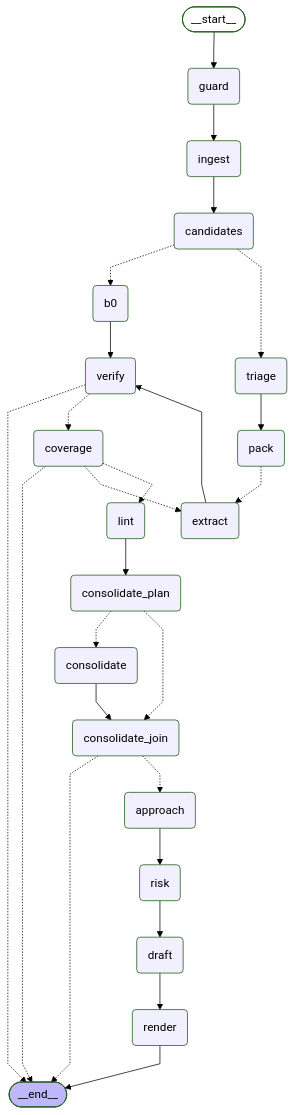
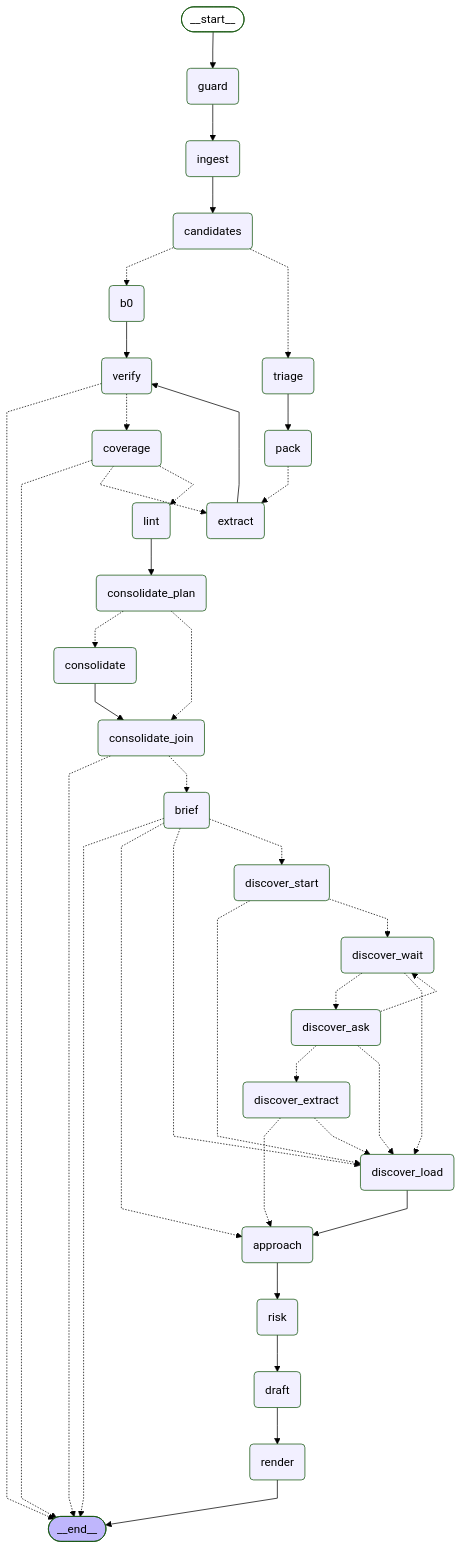
Before and after one commit to chouaibhoues-code/bidwright-rfp-agent: the diagram in docs/agents.md, drawn with Mermaid (forest theme). The commit also changed other lines of this file and 30 other files, not shown here.

````diff
--- a/docs/agents.md
+++ b/docs/agents.md
@@ -76,54 +76,74 @@
 ```mermaid
 ---
 config:
   flowchart:
     curve: linear
 ---
 graph TD;
 	__start__([<p>__start__</p>]):::first
 	guard(guard)
 	ingest(ingest)
 	candidates(candidates)
 	b0(b0)
 	triage(triage)
 	pack(pack)
 	verify(verify)
 	coverage(coverage)
 	lint(lint)
 	consolidate_plan(consolidate_plan)
 	consolidate_join(consolidate_join)
+	brief(brief)
+	discover_load(discover_load)
+	discover_start(discover_start)
+	discover_wait(discover_wait)
+	discover_ask(discover_ask)
+	discover_extract(discover_extract)
 	approach(approach)
 	risk(risk)
 	draft(draft)
 	render(render)
 	extract(extract)
 	consolidate(consolidate)
 	__end__([<p>__end__</p>]):::last
 	__start__ --> guard;
 	approach --> risk;
 	b0 --> verify;
+	brief -.-> __end__;
+	brief -.-> approach;
+	brief -.-> discover_load;
+	brief -.-> discover_start;
 	candidates -.-> b0;
 	candidates -.-> triage;
 	consolidate --> consolidate_join;
 	consolidate_join -.-> __end__;
-	consolidate_join -.-> approach;
+	consolidate_join -.-> brief;
 	consolidate_plan -.-> consolidate;
 	consolidate_plan -.-> consolidate_join;
 	coverage -.-> __end__;
 	coverage -.-> extract;
 	coverage -.-> lint;
+	discover_ask -.-> discover_extract;
+	discover_ask -.-> discover_load;
+	discover_ask -.-> discover_wait;
+	discover_extract -.-> approach;
+	discover_extract -.-> discover_load;
+	discover_load --> approach;
+	discover_start -.-> discover_load;
+	discover_start -.-> discover_wait;
+	discover_wait -.-> discover_ask;
+	discover_wait -.-> discover_load;
 	draft --> render;
 	extract --> verify;
 	guard --> ingest;
 	ingest --> candidates;
 	lint --> consolidate_plan;
 	pack -.-> extract;
 	risk --> draft;
 	triage --> pack;
 	verify -.-> __end__;
 	verify -.-> coverage;
 	render --> __end__;
 	classDef default fill:#f2f0ff,line-height:1.2
 	classDef first fill-opacity:0
 	classDef last fill:#bfb6fc
 ```
````
